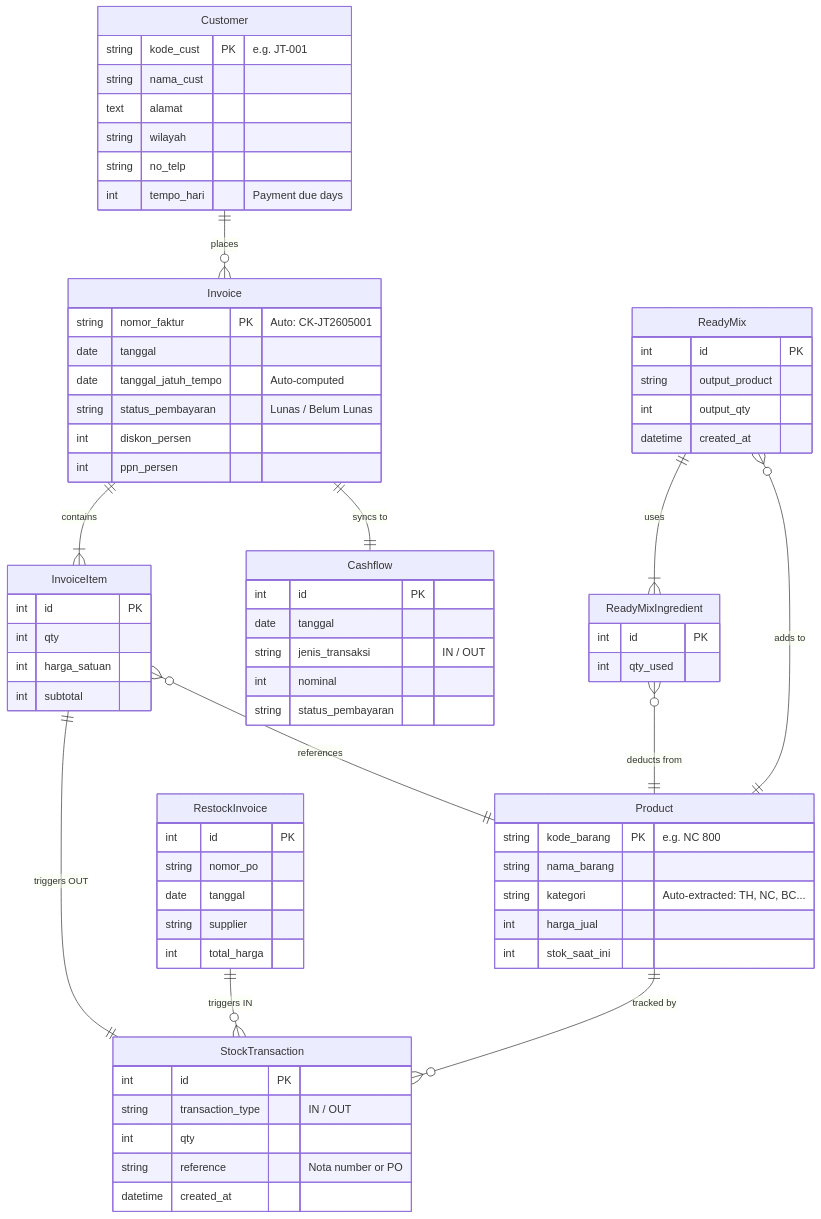
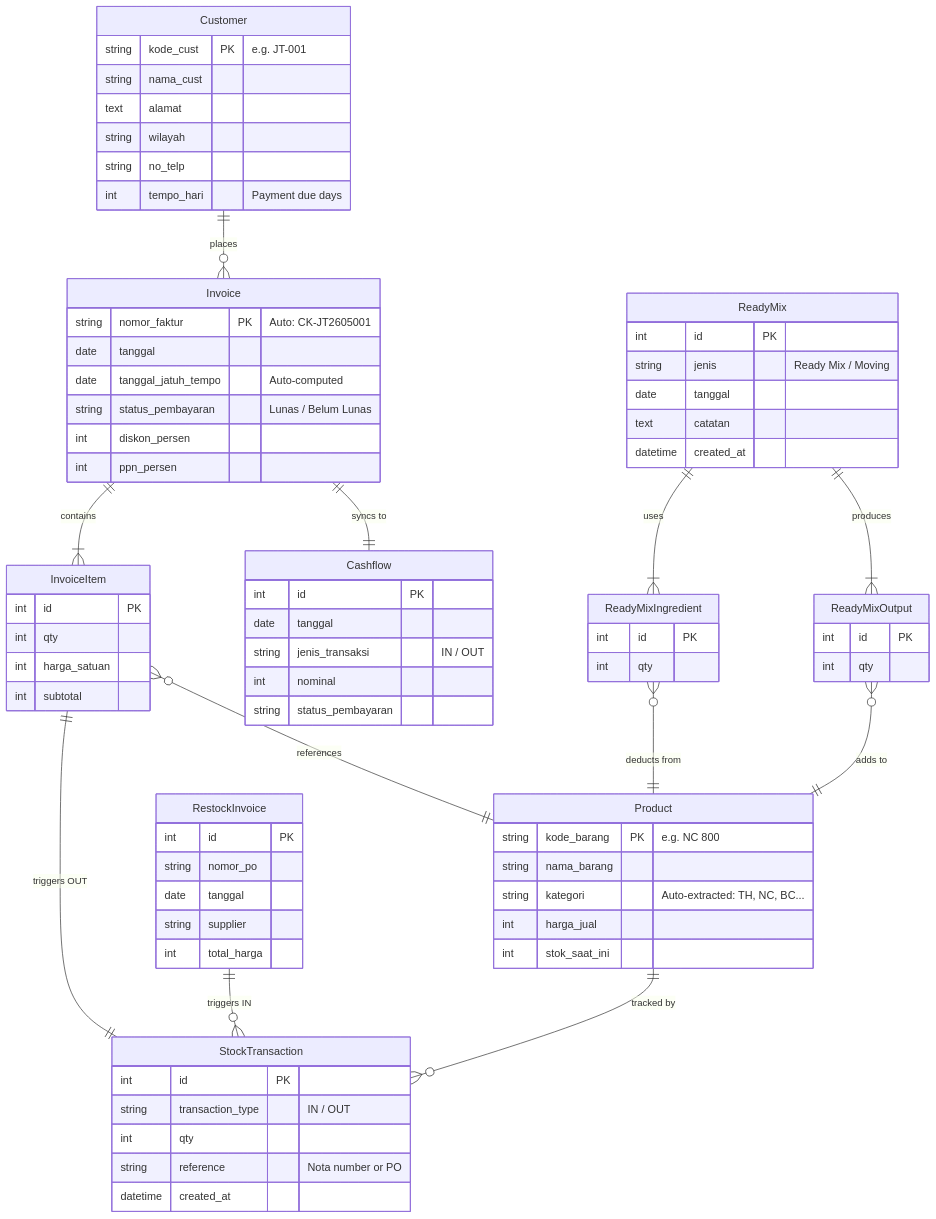
Before and after one commit to rafihw42/django-erp-system-architecture: the second of 2 diagrams in README.md, drawn with Mermaid. The commit also changed other lines of this file and 9 other files, not shown here.

Commit message:
feat: add interactive sales dashboard and multi-output ready mix / moving transaction support

````diff
--- a/README.md
+++ b/README.md
@@ -138,14 +138,20 @@
 
     ReadyMix {
         int id PK
-        string output_product
-        int output_qty
+        string jenis "Ready Mix / Moving"
+        date tanggal
+        text catatan
         datetime created_at
+    }
+
+    ReadyMixOutput {
+        int id PK
+        int qty
     }
 
     ReadyMixIngredient {
         int id PK
-        int qty_used
+        int qty
     }
 
     Customer ||--o{ Invoice : "places"
@@ -155,7 +161,8 @@
     Invoice ||--|| Cashflow : "syncs to"
     RestockInvoice ||--o{ StockTransaction : "triggers IN"
     ReadyMix ||--|{ ReadyMixIngredient : "uses"
+    ReadyMix ||--|{ ReadyMixOutput : "produces"
     ReadyMixIngredient }o--|| Product : "deducts from"
-    ReadyMix }o--|| Product : "adds to"
+    ReadyMixOutput }o--|| Product : "adds to"
     Product ||--o{ StockTransaction : "tracked by"
 ```
````
